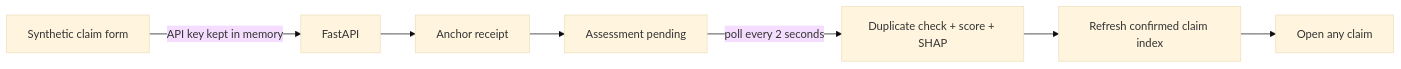
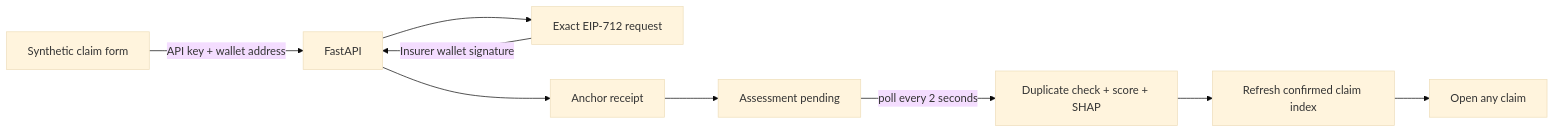
The first of 2 diagrams in apps/frontend/README.md (ganesh1997oli/Decentralized-Claims-Registry), drawn with Mermaid (base theme) before and after one commit. The commit also changed other lines of this file and 67 other files, not shown here.

````diff
--- a/apps/frontend/README.md
+++ b/apps/frontend/README.md
@@ -9,9 +10,11 @@
 ```mermaid
 flowchart LR
-    Form["Synthetic claim form"] -->|"API key kept in memory"| API["FastAPI"]
+    Form["Synthetic claim form"] -->|"API key + wallet address"| API["FastAPI"]
+    API --> Typed["Exact EIP-712 request"]
+    Typed -->|"Insurer wallet signature"| API
     API --> Receipt["Anchor receipt"]
     Receipt --> Pending["Assessment pending"]
     Pending -->|"poll every 2 seconds"| Result["Duplicate check + score + SHAP"]
     Result --> Dashboard["Refresh confirmed claim index"]
     Dashboard --> Details["Open any claim"]
 ```
````
